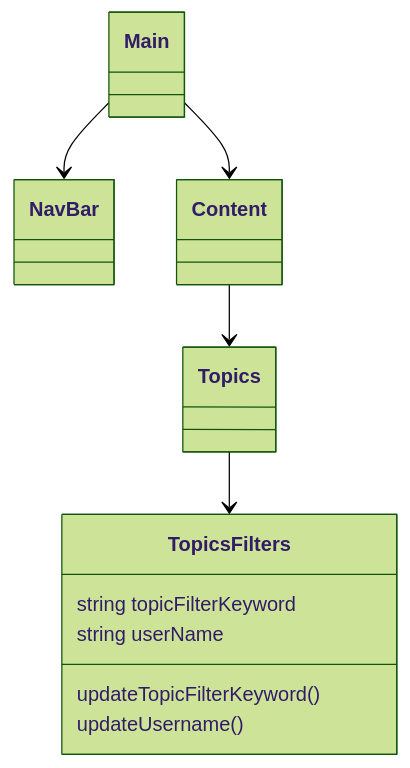
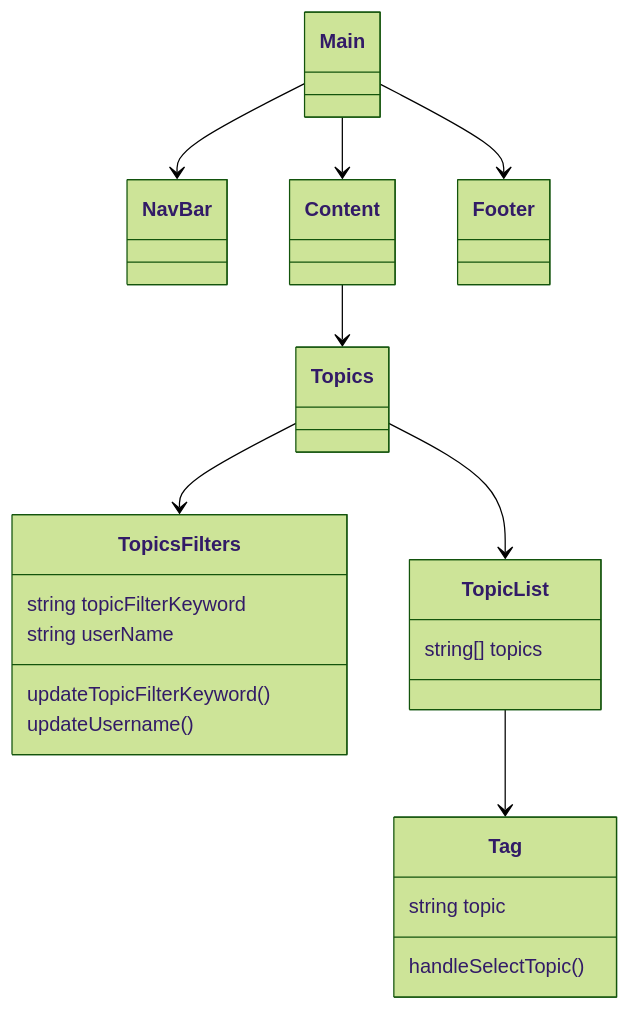
One commit to ezeed/topics-of-stars changed the diagram in README.md. Above: the diagram before and after it, drawn with Mermaid (forest theme). The commit also changed other lines of this file and 15 other files, not shown here.

````diff
--- a/README.md
+++ b/README.md
@@ -13,11 +5,17 @@
 ```mermaid
 classDiagram
 Main --> NavBar
 Main --> Content
+Main --> Footer
 Content --> Topics
 Topics --> TopicsFilters
 TopicsFilters : string topicFilterKeyword
 TopicsFilters : string userName
 TopicsFilters : updateTopicFilterKeyword()
 TopicsFilters : updateUsername()
+Topics --> TopicList
+TopicList : string[] topics
+TopicList --> Tag
+Tag: string topic
+Tag: handleSelectTopic()
 ```
````
